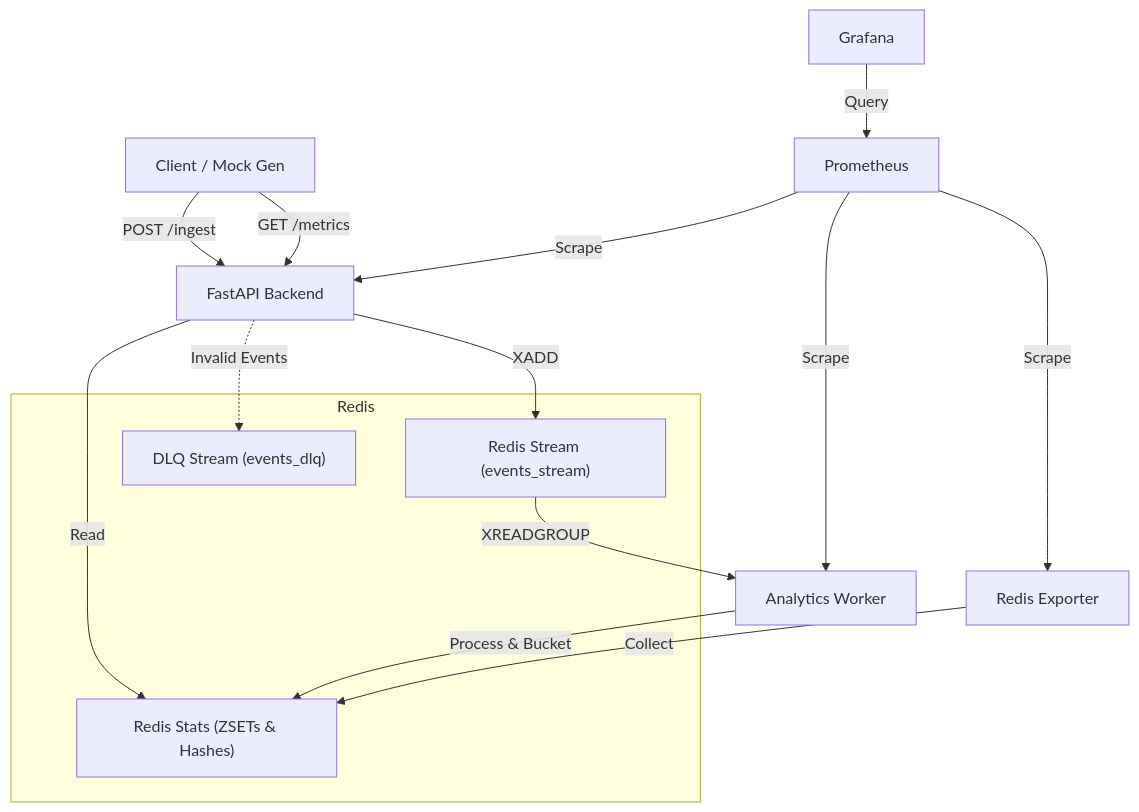
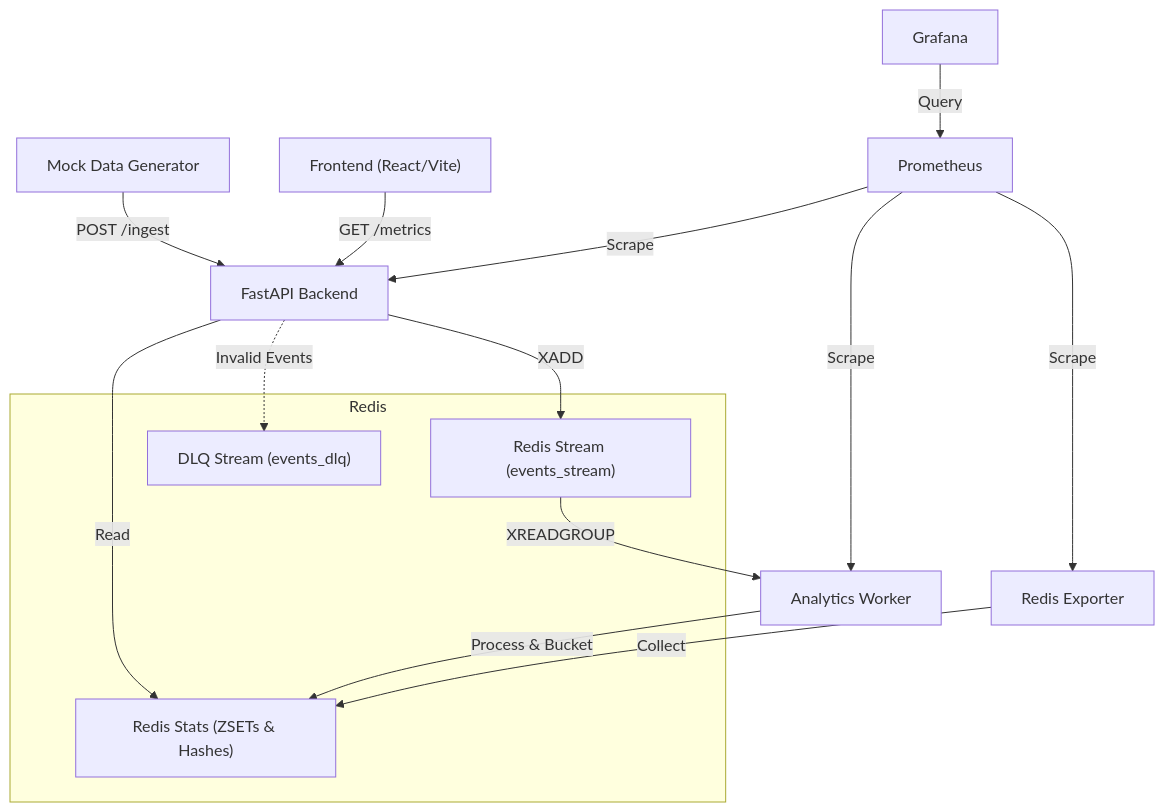
The diagram in README.md (abhishek-desai321/Ecommerse-Analytics), drawn with Mermaid before and after one commit.

Commit message:
Add Frontend to architecture diagram

````diff
--- a/README.md
+++ b/README.md
@@ -22,25 +22,25 @@
 ```mermaid
 graph TD
-    Client[Client / Mock Gen] -->|POST /ingest| API[FastAPI Backend]
-    Client -->|GET /metrics| API
+    MockGen[Mock Data Generator] -->|POST /ingest| API[FastAPI Backend]
+    Frontend["Frontend (React/Vite)"] -->|GET /metrics| API
     
     subgraph Redis
         Stream["Redis Stream (events_stream)"]
         Stats["Redis Stats (ZSETs & Hashes)"]
         DLQ["DLQ Stream (events_dlq)"]
     end
     
     API -->|XADD| Stream
     API -->|Read| Stats
     API -.->|Invalid Events| DLQ
     
     Stream -->|XREADGROUP| Worker[Analytics Worker]
     Worker -->|Process & Bucket| Stats
     
     Prometheus[Prometheus] -->|Scrape| API
     Prometheus -->|Scrape| Worker
     Prometheus -->|Scrape| RedisExporter[Redis Exporter]
     RedisExporter -->|Collect| Stats
     
     Grafana[Grafana] -->|Query| Prometheus
 ```
````
